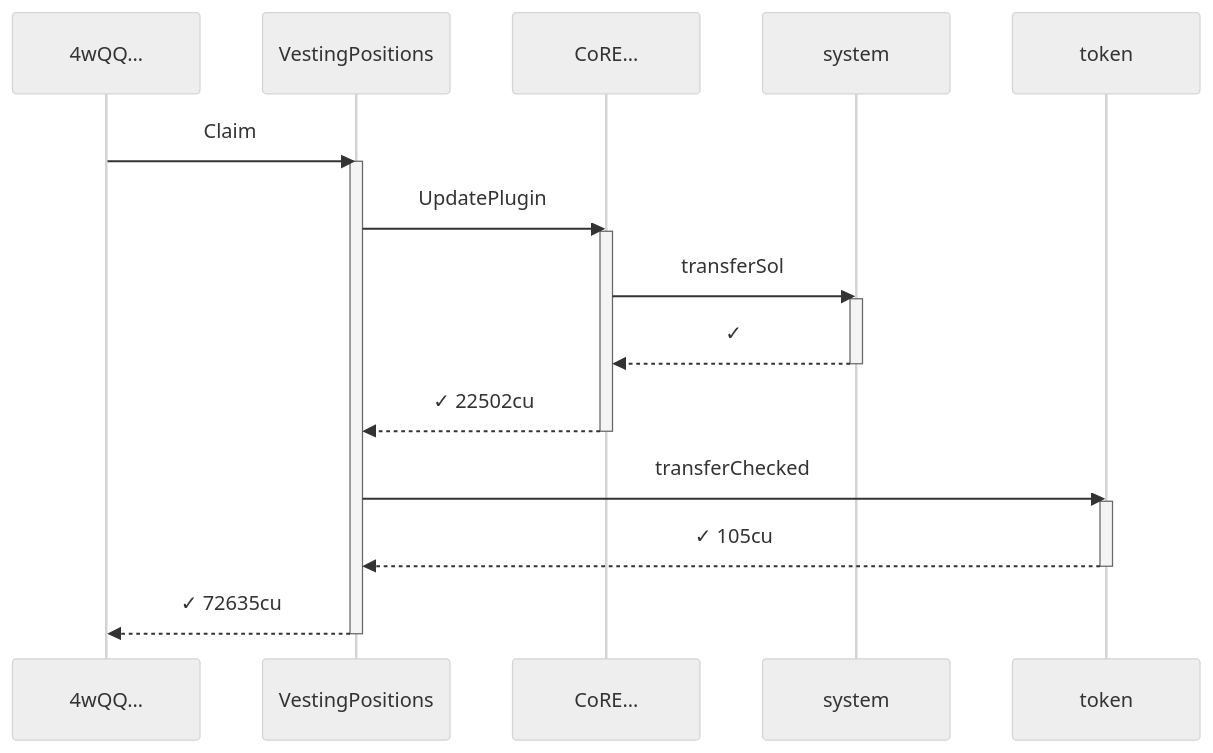
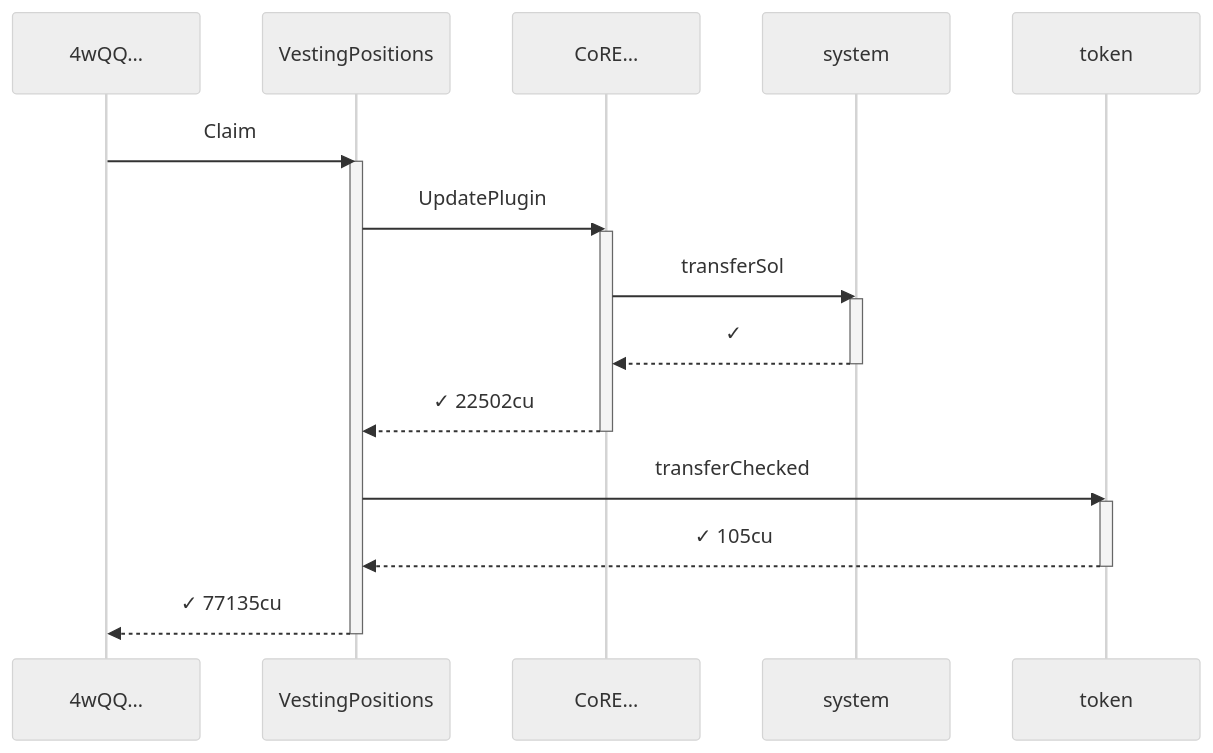
The seventh of 15 diagrams in babelfish-tests/test-report/clawback_after_grace_burns_asset_and_recovers_remainder.md (cds-turbin3/vesting-position), drawn with Mermaid (neutral theme) before and after one commit. The commit also changed other lines of this file and 106 other files, not shown here.

````diff
--- a/babelfish-tests/test-report/clawback_after_grace_burns_asset_and_recovers_remainder.md
+++ b/babelfish-tests/test-report/clawback_after_grace_burns_asset_and_recovers_remainder.md
@@ -371,24 +382,24 @@
 ```mermaid
 sequenceDiagram
     participant p0 as 4wQQ…
     participant p1 as VestingPositions
     participant p2 as CoRE…
     participant p3 as system
     participant p4 as token
     p0->>p1: Claim
     activate p1
     p1->>p2: UpdatePlugin
     activate p2
     p2->>p3: transferSol
     activate p3
     p3-->>p2: ✓
     deactivate p3
     p2-->>p1: ✓ 22502cu
     deactivate p2
     p1->>p4: transferChecked
     activate p4
     p4-->>p1: ✓ 105cu
     deactivate p4
-    p1-->>p0: ✓ 72635cu
+    p1-->>p0: ✓ 77135cu
     deactivate p1
 ```
````
